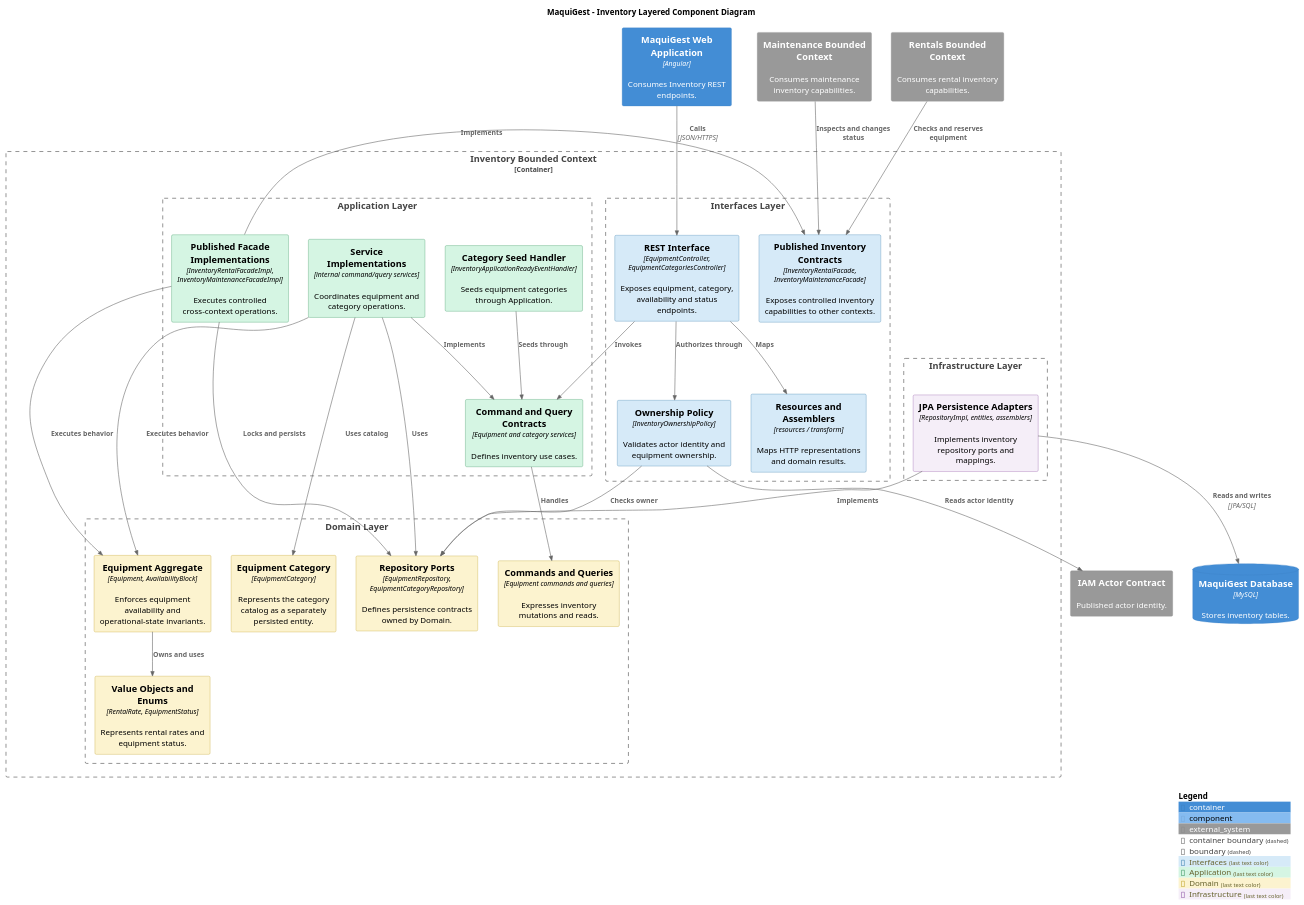
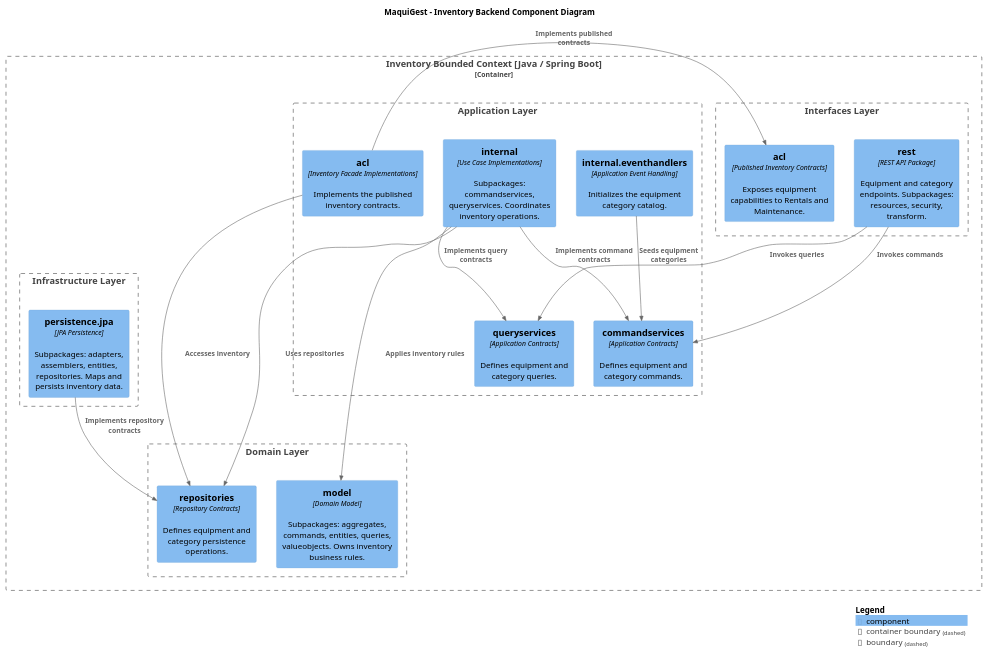
Before and after one commit to upc-pre-202620-1asi0729-7750-cleancode/maquigest-report: the diagram in assets/plantuml/chapter-4/c4/component/backend/maquigest-backend-inventory-component-diagram.puml, drawn with PlantUML. The commit also changed other lines of this file and 13 other files, not shown here.

Commit message:
docs(diagrams): update component diagrams

```diff
--- a/assets/plantuml/chapter-4/c4/component/backend/maquigest-backend-inventory-component-diagram.puml
+++ b/assets/plantuml/chapter-4/c4/component/backend/maquigest-backend-inventory-component-diagram.puml
@@ -1,63 +2,52 @@
 @startuml
-!include _includes/C4_Component.puml
+!include <C4/C4_Component>
+
 LAYOUT_TOP_DOWN()
-AddElementTag("Interfaces", $bgColor="#D6EAF8", $borderColor="#2471A3")
-AddElementTag("Application", $bgColor="#D5F5E3", $borderColor="#1E8449")
-AddElementTag("Domain", $bgColor="#FCF3CF", $borderColor="#B7950B")
-AddElementTag("Infrastructure", $bgColor="#F5EEF8", $borderColor="#7D3C98")
-title MaquiGest - Inventory Layered Component Diagram
 
-Container(spa, "MaquiGest Web Application", "Angular", "Consumes Inventory REST endpoints.")
-System_Ext(iam, "IAM Actor Contract", "Published actor identity.")
-System_Ext(rentals, "Rentals Bounded Context", "Consumes rental inventory capabilities.")
-System_Ext(maintenance, "Maintenance Bounded Context", "Consumes maintenance inventory capabilities.")
-ContainerDb(db, "MaquiGest Database", "MySQL", "Stores inventory tables.")
+title MaquiGest - Inventory Backend Component Diagram
 
-Container_Boundary(context, "Inventory Bounded Context") {
-  Boundary(interfaces_layer, "Interfaces Layer") {
-    Component(inventoryRest, "REST Interface", "EquipmentController, EquipmentCategoriesController", "Exposes equipment, category, availability and status endpoints.", $tags="Interfaces")
-    Component(inventoryPolicy, "Ownership Policy", "InventoryOwnershipPolicy", "Validates actor identity and equipment ownership.", $tags="Interfaces")
-    Component(inventoryResources, "Resources and Assemblers", "resources / transform", "Maps HTTP representations and domain results.", $tags="Interfaces")
-    Component(inventoryPublished, "Published Inventory Contracts", "InventoryRentalFacade, InventoryMaintenanceFacade", "Exposes controlled inventory capabilities to other contexts.", $tags="Interfaces")
-  }
-  Boundary(application_layer, "Application Layer") {
-    Component(inventoryServices, "Command and Query Contracts", "Equipment and category services", "Defines inventory use cases.", $tags="Application")
-    Component(inventoryImpl, "Service Implementations", "internal command/query services", "Coordinates equipment and category operations.", $tags="Application")
-    Component(inventoryFacadeImpl, "Published Facade Implementations", "InventoryRentalFacadeImpl, InventoryMaintenanceFacadeImpl", "Executes controlled cross-context operations.", $tags="Application")
-    Component(inventorySeed, "Category Seed Handler", "InventoryApplicationReadyEventHandler", "Seeds equipment categories through Application.", $tags="Application")
-  }
-  Boundary(domain_layer, "Domain Layer") {
-    Component(inventoryAggregate, "Equipment Aggregate", "Equipment, AvailabilityBlock", "Enforces equipment availability and operational-state invariants.", $tags="Domain")
-    Component(inventoryCategory, "Equipment Category", "EquipmentCategory", "Represents the category catalog as a separately persisted entity.", $tags="Domain")
-    Component(inventoryValues, "Value Objects and Enums", "RentalRate, EquipmentStatus", "Represents rental rates and equipment status.", $tags="Domain")
-    Component(inventoryMessages, "Commands and Queries", "Equipment commands and queries", "Expresses inventory mutations and reads.", $tags="Domain")
-    Component(inventoryRepos, "Repository Ports", "EquipmentRepository, EquipmentCategoryRepository", "Defines persistence contracts owned by Domain.", $tags="Domain")
-  }
-  Boundary(infrastructure_layer, "Infrastructure Layer") {
-    Component(inventoryPersistence, "JPA Persistence Adapters", "RepositoryImpl, entities, assemblers", "Implements inventory repository ports and mappings.", $tags="Infrastructure")
-  }
+Container_Boundary(inventory, "Inventory Bounded Context [Java / Spring Boot]") {
+
+    Boundary(interfaces_layer, "Interfaces Layer") {
+        Component(rest, "rest", "REST API Package", "Equipment and category endpoints. Subpackages: resources, security, transform.")
+        Component(published_acl, "acl", "Published Inventory Contracts", "Exposes equipment capabilities to Rentals and Maintenance.")
+    }
+
+    Boundary(application_layer, "Application Layer") {
+        Component(commands, "commandservices", "Application Contracts", "Defines equipment and category commands.")
+        Component(queries, "queryservices", "Application Contracts", "Defines equipment and category queries.")
+        Component(internal_services, "internal", "Use Case Implementations", "Subpackages: commandservices, queryservices. Coordinates inventory operations.")
+        Component(event_handlers, "internal.eventhandlers", "Application Event Handling", "Initializes the equipment category catalog.")
+        Component(application_acl, "acl", "Inventory Facade Implementations", "Implements the published inventory contracts.")
+    }
+
+    Boundary(domain_layer, "Domain Layer") {
+        Component(domain_model, "model", "Domain Model", "Subpackages: aggregates, commands, entities, queries, valueobjects. Owns inventory business rules.")
+        Component(domain_repositories, "repositories", "Repository Contracts", "Defines equipment and category persistence operations.")
+    }
+
+    Boundary(infrastructure_layer, "Infrastructure Layer") {
+        Component(jpa, "persistence.jpa", "JPA Persistence", "Subpackages: adapters, assemblers, entities, repositories. Maps and persists inventory data.")
+    }
 }
 
-Rel(spa, inventoryRest, "Calls", "JSON/HTTPS")
-Rel(inventoryRest, inventoryPolicy, "Authorizes through")
-Rel(inventoryPolicy, iam, "Reads actor identity")
-Rel(inventoryPolicy, inventoryRepos, "Checks owner")
-Rel(inventoryRest, inventoryResources, "Maps")
-Rel(inventoryRest, inventoryServices, "Invokes")
-Rel(inventoryImpl, inventoryServices, "Implements")
-Rel(inventoryImpl, inventoryAggregate, "Executes behavior")
-Rel(inventoryImpl, inventoryCategory, "Uses catalog")
-Rel(inventoryImpl, inventoryRepos, "Uses")
-Rel(inventoryServices, inventoryMessages, "Handles")
-Rel(inventoryAggregate, inventoryValues, "Owns and uses")
-Rel(inventoryFacadeImpl, inventoryPublished, "Implements")
-Rel(inventoryFacadeImpl, inventoryAggregate, "Executes behavior")
-Rel(inventoryFacadeImpl, inventoryRepos, "Locks and persists")
-Rel(inventorySeed, inventoryServices, "Seeds through")
-Rel(inventoryPersistence, inventoryRepos, "Implements")
-Rel(inventoryPersistence, db, "Reads and writes", "JPA/SQL")
-Rel(rentals, inventoryPublished, "Checks and reserves equipment")
-Rel(maintenance, inventoryPublished, "Inspects and changes status")
+Rel(rest, commands, "Invokes commands")
+Rel(rest, queries, "Invokes queries")
+Rel(internal_services, commands, "Implements command contracts")
+Rel(internal_services, queries, "Implements query contracts")
+Rel(internal_services, domain_model, "Applies inventory rules")
+Rel(internal_services, domain_repositories, "Uses repositories")
+
+Rel(event_handlers, commands, "Seeds equipment categories")
+Rel(application_acl, published_acl, "Implements published contracts")
+Rel(application_acl, domain_repositories, "Accesses inventory")
+
+Rel(jpa, domain_repositories, "Implements repository contracts")
+
+Lay_D(rest, commands)
+Lay_D(commands, domain_model)
+Lay_D(domain_model, jpa)
 
 SHOW_LEGEND()
+
 @enduml
```
